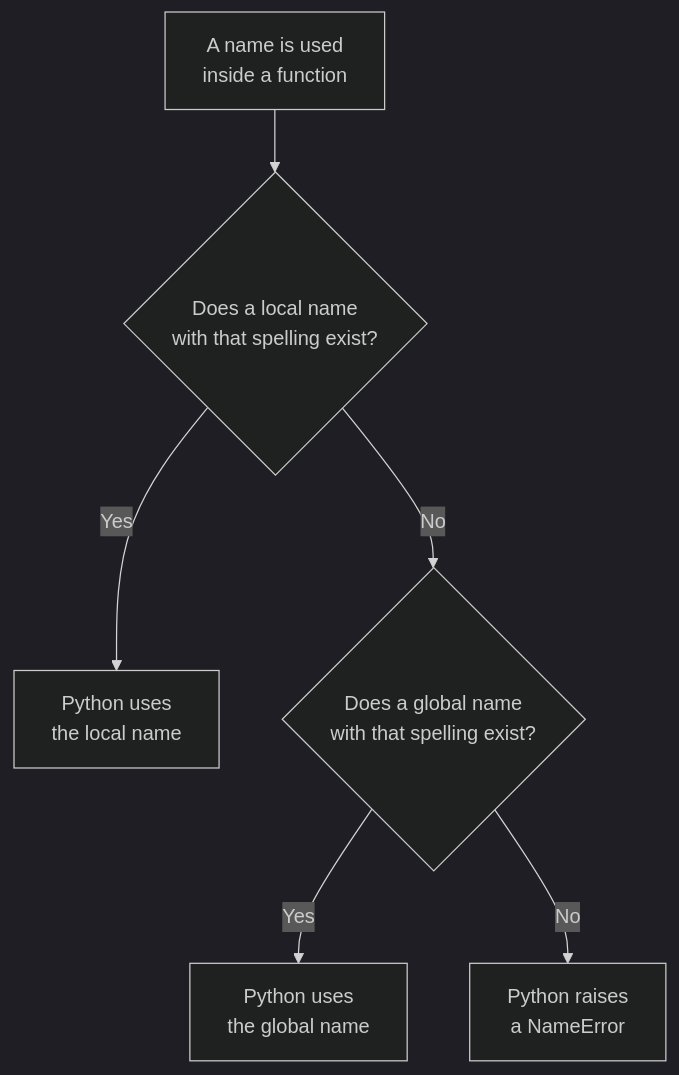
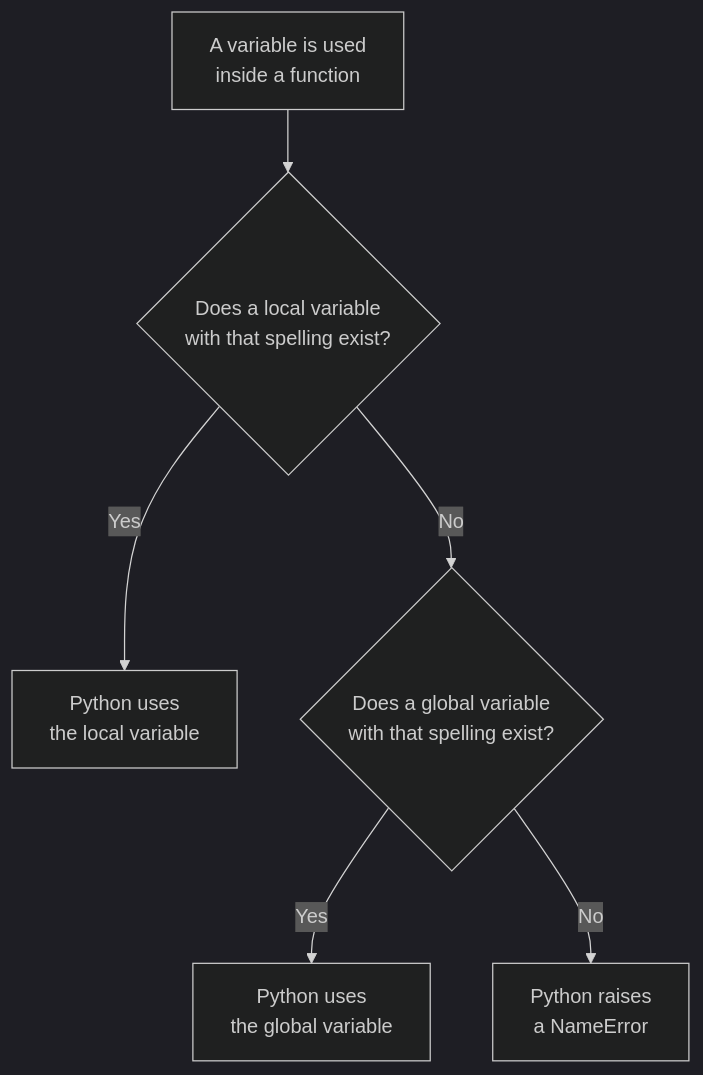
Before and after one commit to VishnuKumpati/KVCET_Year1_Content: the diagram in modules/m2-control-flow-and-functions/wk5-functions-errors-and-debugging/5-variable-scope.md, drawn with Mermaid (dark theme). The commit also changed other lines of this file and 3 other files, not shown here.

````diff
--- a/modules/m2-control-flow-and-functions/wk5-functions-errors-and-debugging/5-variable-scope.md
+++ b/modules/m2-control-flow-and-functions/wk5-functions-errors-and-debugging/5-variable-scope.md
@@ -110,8 +110,8 @@
 ```mermaid
 flowchart TD
-    A["A name is used<br>inside a function"] --> B{"Does a local name<br>with that spelling exist?"}
-    B -->|Yes| C["Python uses<br>the local name"]
-    B -->|No| D{"Does a global name<br>with that spelling exist?"}
-    D -->|Yes| E["Python uses<br>the global name"]
+    A["A variable is used<br>inside a function"] --> B{"Does a local variable<br>with that spelling exist?"}
+    B -->|Yes| C["Python uses<br>the local variable"]
+    B -->|No| D{"Does a global variable<br>with that spelling exist?"}
+    D -->|Yes| E["Python uses<br>the global variable"]
     D -->|No| F["Python raises<br>a NameError"]
 ```
````
